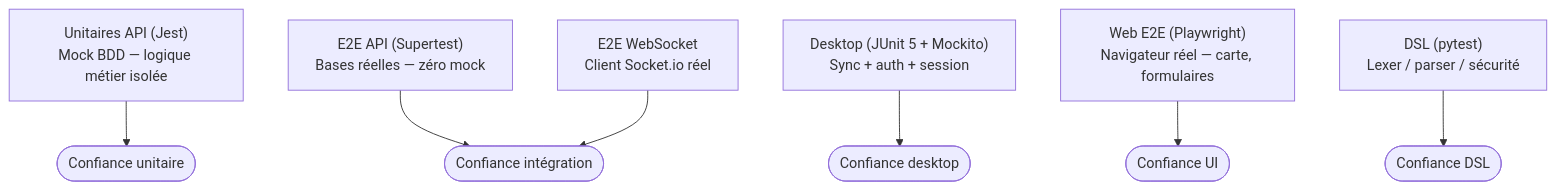
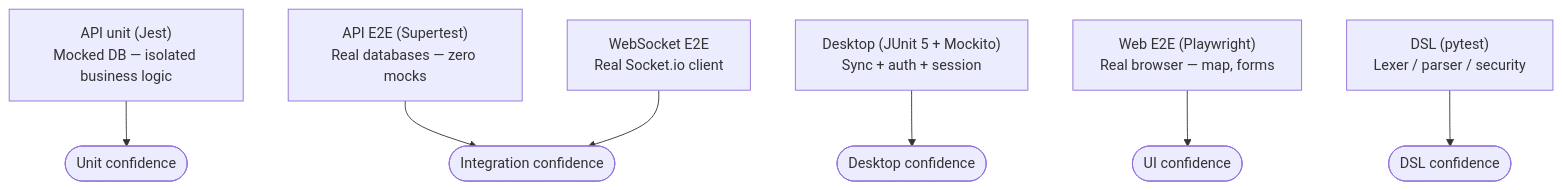
One commit to creibaud/QuartierConnect changed diagram 20 of 20 in docs/RAPPORT-ETAPE3.md. Above: the diagram before and after it, drawn with Mermaid. The commit also changed other lines of this file and 155 other files, not shown here.

````diff
--- a/docs/RAPPORT-ETAPE3.md
+++ b/docs/RAPPORT-ETAPE3.md
@@ -773,16 +773,16 @@
 ```mermaid
 graph TD
-    T1["Unitaires API (Jest)<br/>Mock BDD — logique métier isolée"]
-    T2["E2E API (Supertest)<br/>Bases réelles — zéro mock"]
-    T3["E2E WebSocket<br/>Client Socket.io réel"]
+    T1["API unit (Jest)<br/>Mocked DB — isolated business logic"]
+    T2["API E2E (Supertest)<br/>Real databases — zero mocks"]
+    T3["WebSocket E2E<br/>Real Socket.io client"]
     T4["Desktop (JUnit 5 + Mockito)<br/>Sync + auth + session"]
-    T5["Web E2E (Playwright)<br/>Navigateur réel — carte, formulaires"]
-    T6["DSL (pytest)<br/>Lexer / parser / sécurité"]
+    T5["Web E2E (Playwright)<br/>Real browser — map, forms"]
+    T6["DSL (pytest)<br/>Lexer / parser / security"]
 
-    T1 --> OK([Confiance unitaire])
-    T2 --> OK2([Confiance intégration])
+    T1 --> OK([Unit confidence])
+    T2 --> OK2([Integration confidence])
     T3 --> OK2
-    T4 --> OK3([Confiance desktop])
-    T5 --> OK4([Confiance UI])
-    T6 --> OK5([Confiance DSL])
+    T4 --> OK3([Desktop confidence])
+    T5 --> OK4([UI confidence])
+    T6 --> OK5([DSL confidence])
 ```
````
